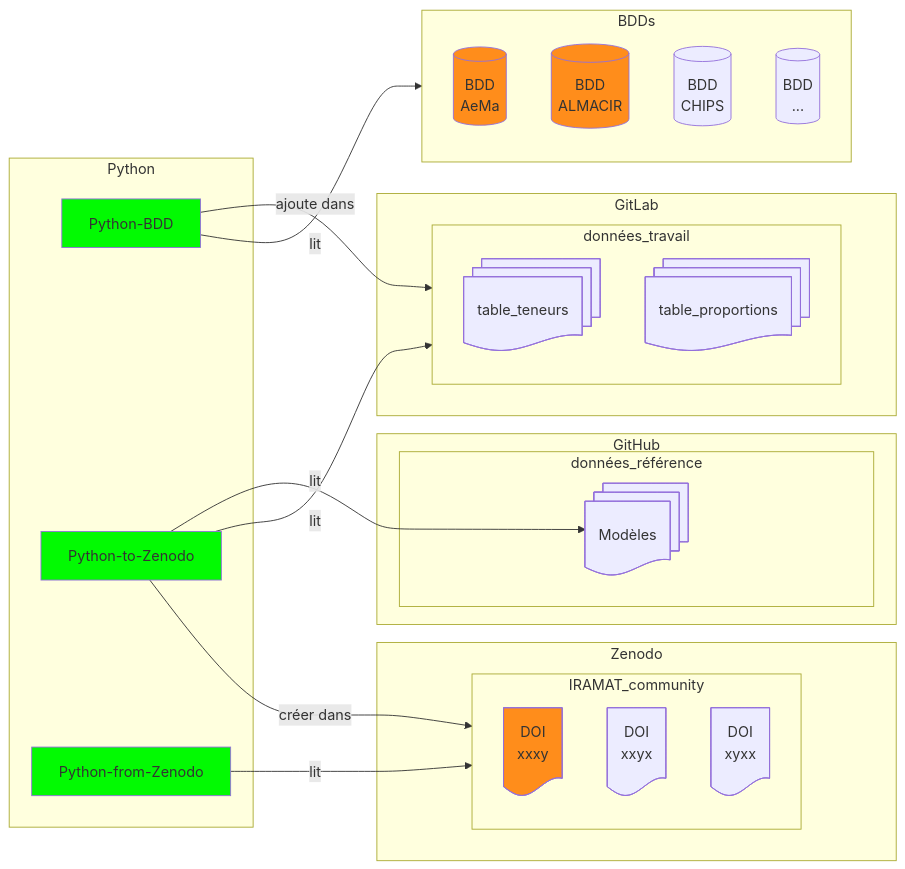
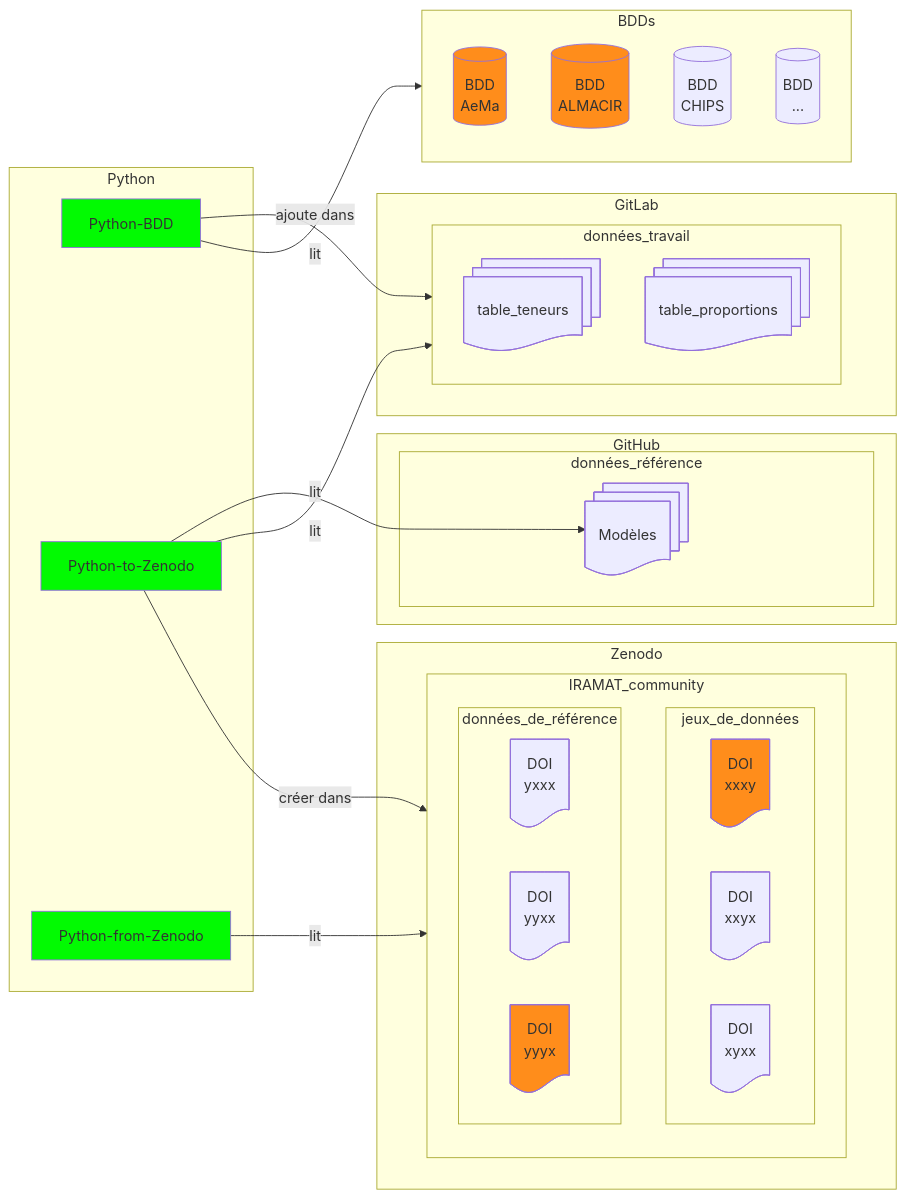
One commit to iramat/iramat-dev changed the first of 2 diagrams in dbs/README.md. Above: the diagram before and after it, drawn with Mermaid. The commit also changed other lines of this file, not shown here.

````diff
--- a/dbs/README.md
+++ b/dbs/README.md
@@ -5,47 +5,55 @@
 ```mermaid
 flowchart LR
     subgraph GitLab
         subgraph données_travail
             T1@{ shape: docs, label: "table_teneurs" }
             T2@{ shape: docs, label: "table_proportions" }
         end
     end
     subgraph GitHub
         subgraph données_référence
             Mod@{ shape: docs, label: "Modèles" }
         end
     end
     subgraph Python
         PDB@{ procs: docs, label: "Python-BDD" }
         P2Z@{ procs: docs, label: "Python-to-Zenodo" }
         PfZ@{ procs: docs, label: "Python-from-Zenodo" }
     end
     subgraph BDDs
         B[(BDD<br>AeMa)]
         H[(BDD<br>ALMACIR)]
         C[(BDD<br>CHIPS)]
         D[(BDD<br>...)]
     end
     PDB -- ajoute dans --> données_travail;
     P2Z -- lit --> Mod;
     P2Z -- lit --> données_travail;
     subgraph Zenodo
         subgraph IRAMAT_community
-            E@{ shape: doc, label: "DOI<br>xxxy" }
-            F@{ shape: doc, label: "DOI<br>xxyx" }
-            G@{ shape: doc, label: "DOI<br>xyxx" }
+            subgraph jeux_de_données
+                E@{ shape: doc, label: "DOI<br>xxxy" }
+                F@{ shape: doc, label: "DOI<br>xxyx" }
+                G@{ shape: doc, label: "DOI<br>xyxx" }
+            end
+            subgraph données_de_référence
+                dataref1@{ shape: doc, label: "DOI<br>yxxx" }
+                dataref2@{ shape: doc, label: "DOI<br>yyxx" }
+                dataref3@{ shape: doc, label: "DOI<br>yyyx" }
+            end
         end
     end
     PDB -- lit --> BDDs;
     PfZ -- lit --> IRAMAT_community
     P2Z -- créer dans --> IRAMAT_community 
 
 
 click T1 "https://github.com/zoometh/iramat-test/tree/main/dbs#table_teneurs"
 style PDB fill:#02fa02
 style P2Z fill:#02fa02
 style PfZ fill:#02fa02
 style B fill:#FF8D1B
 style H fill:#FF8D1B
 style E fill:#FF8D1B
+style dataref3 fill:#FF8D1B
 ```
````
